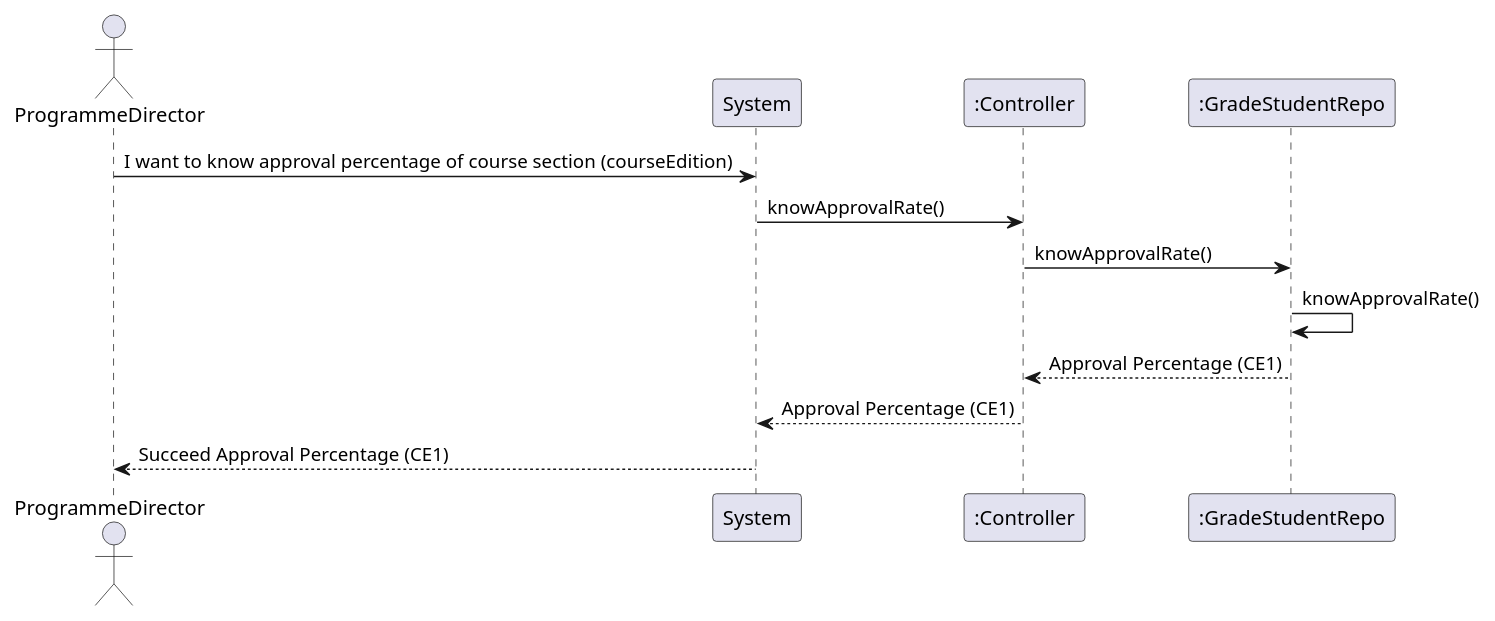
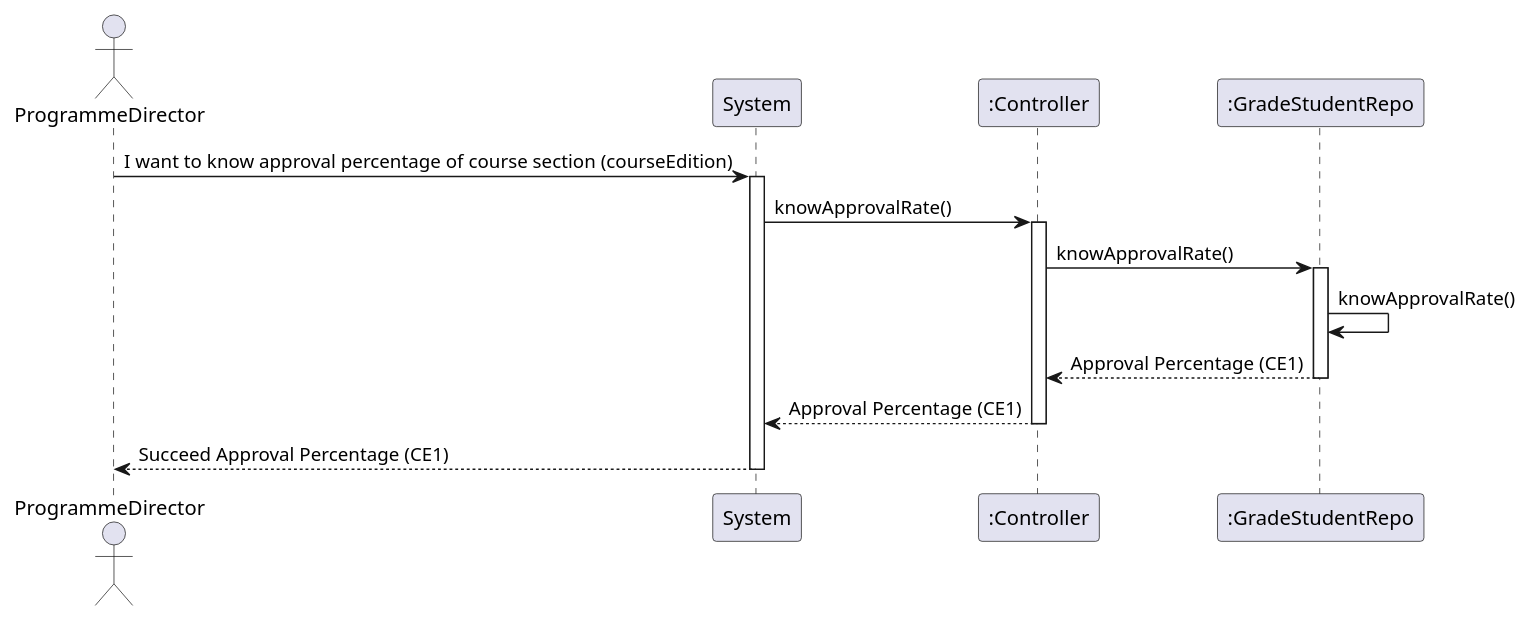
Before and after one commit to GasparISEP/DevOps-PAI: the diagram in docs/sequenceSystemDiagrams/US23/US23_IWantToKnowTheApprovalPercentageOfACourseEdition.puml, drawn with PlantUML.

Commit message:
US23 - Changeg sequence diagram

```diff
--- a/docs/sequenceSystemDiagrams/US23/US23_IWantToKnowTheApprovalPercentageOfACourseEdition.puml
+++ b/docs/sequenceSystemDiagrams/US23/US23_IWantToKnowTheApprovalPercentageOfACourseEdition.puml
@@ -1,16 +1,22 @@
 @startuml
 actor ProgrammeDirector
 
 participant "System" as S
 participant ":Controller" as C
 participant ":GradeStudentRepo" as GSR
 
 ProgrammeDirector -> S : I want to know approval percentage of course section (courseEdition)
+activate S
 S -> C : knowApprovalRate()
+activate C
 C -> GSR : knowApprovalRate()
-GSR -> GSR :knowApprovalRate()
+activate GSR
+GSR -> GSR : knowApprovalRate()
 GSR --> C : Approval Percentage (CE1)
+deactivate GSR
 C --> S : Approval Percentage (CE1)
+deactivate C
 S --> ProgrammeDirector : Succeed Approval Percentage (CE1)
+deactivate S
 
 @enduml
```
